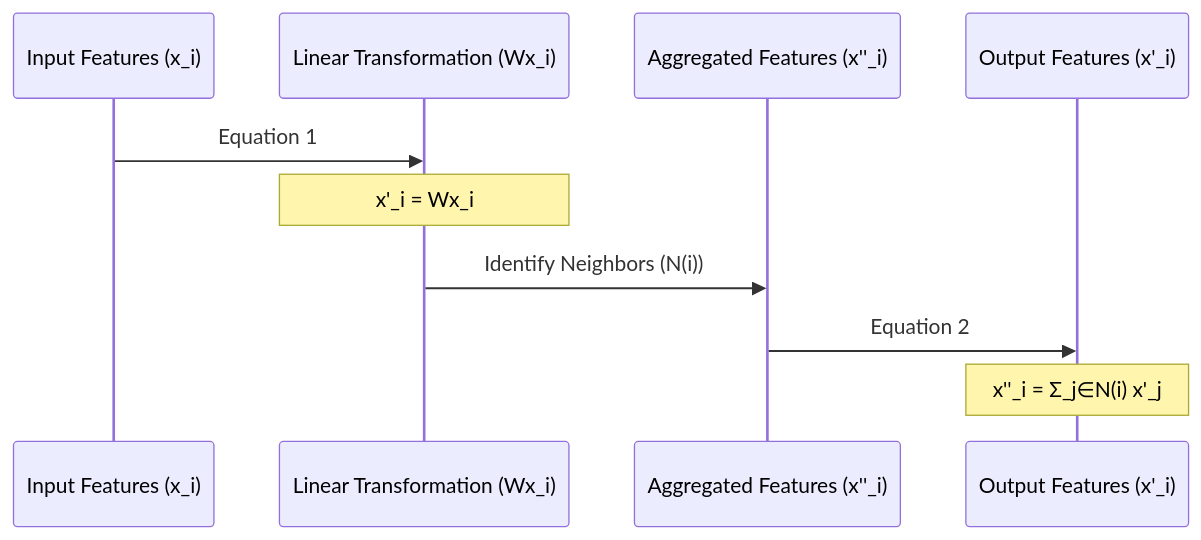
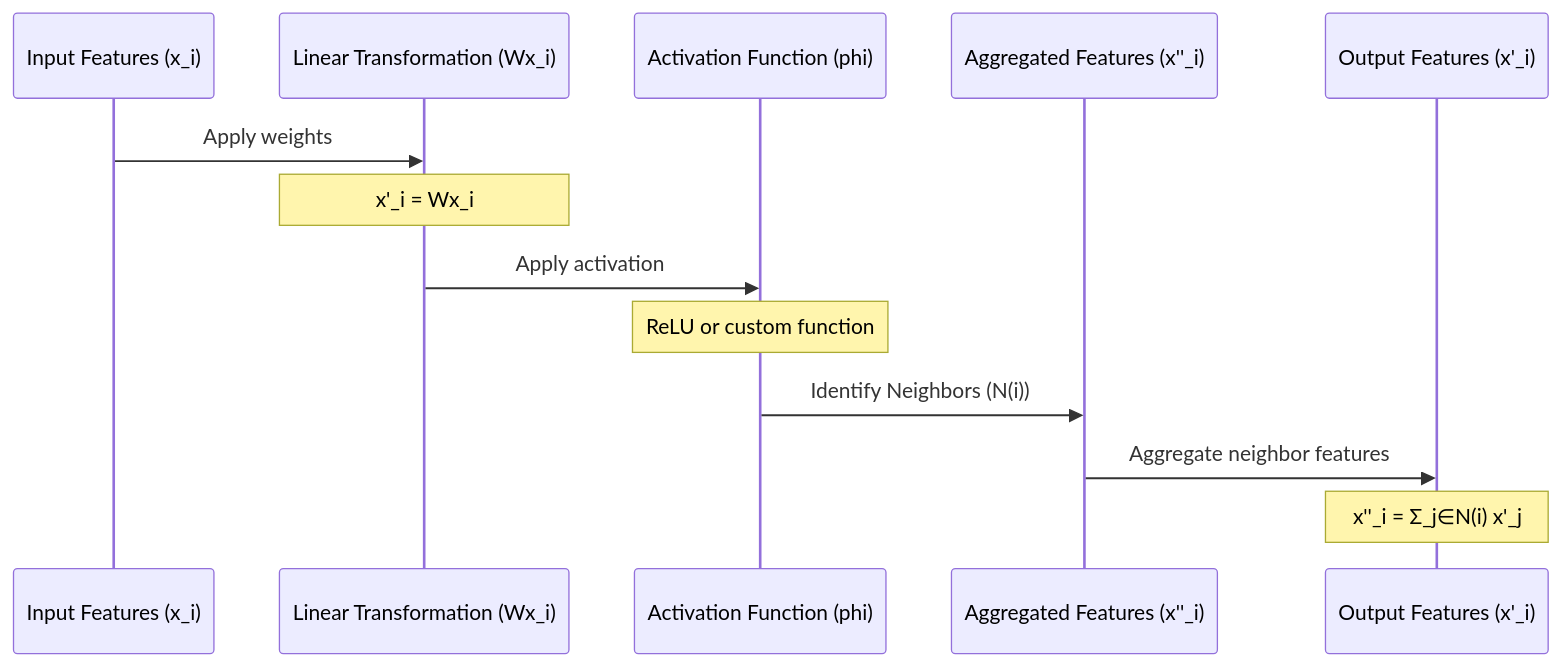
Before and after one commit to TrafficGCN/ST-GCN: the diagram in README.md, drawn with Mermaid. The commit also changed other lines of this file, not shown here.

````diff
--- a/README.md
+++ b/README.md
@@ -62,13 +52,16 @@
 ```mermaid
 sequenceDiagram
     participant Input as Input Features (x_i)
     participant Linear as Linear Transformation (Wx_i)
+    participant Activation as Activation Function (phi)
     participant Aggregated as Aggregated Features (x''_i)
     participant Output as Output Features (x'_i)
 
-    Input ->> Linear: Equation 1
+    Input ->> Linear: Apply weights
     Note over Linear: x'_i = Wx_i
-    Linear ->> Aggregated: Identify Neighbors (N(i))
-    Aggregated ->> Output: Equation 2
+    Linear ->> Activation: Apply activation
+    Note over Activation: ReLU or custom function
+    Activation ->> Aggregated: Identify Neighbors (N(i))
+    Aggregated ->> Output: Aggregate neighbor features
     Note over Output: x''_i = Σ_j∈N(i) x'_j
 ```
````
